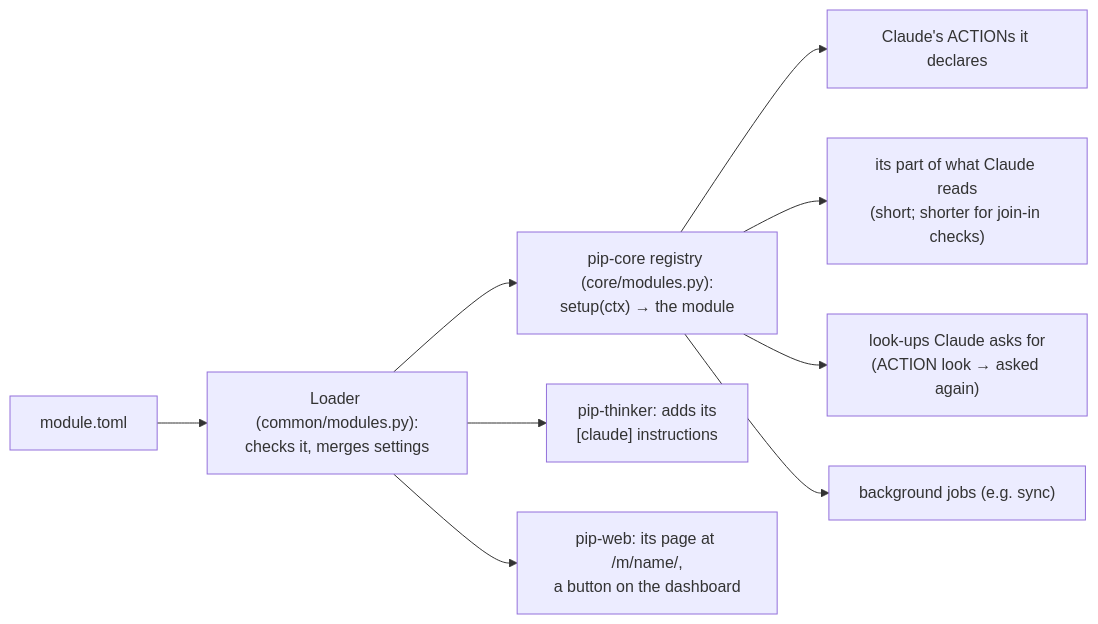
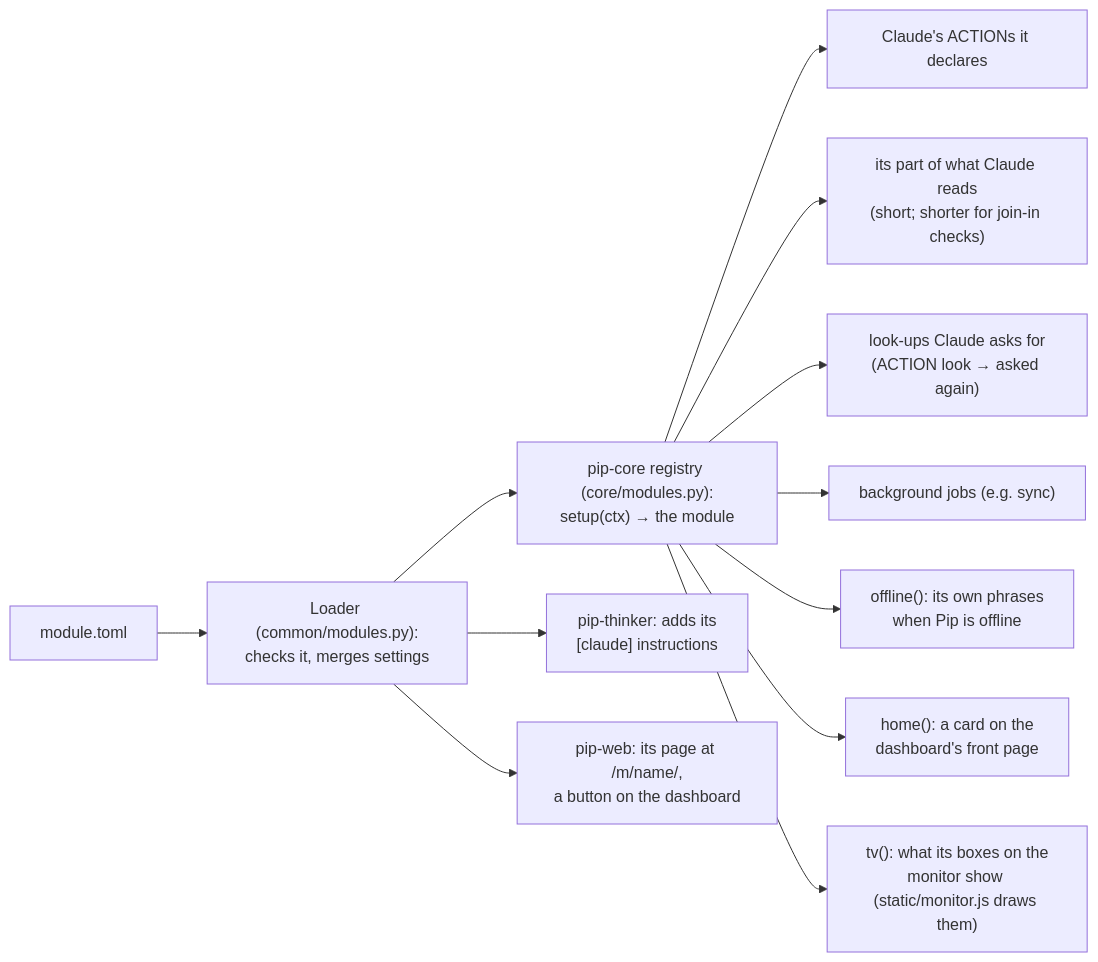
The fourth of 5 diagrams in docs/ARCHITECTURE.md (LandenHeine17/pip), drawn with Mermaid before and after one commit. The commit also changed other lines of this file and 23 other files, not shown here.

````diff
--- a/docs/ARCHITECTURE.md
+++ b/docs/ARCHITECTURE.md
@@ -187,11 +197,14 @@
 ```mermaid
 flowchart LR
     T["module.toml"] --> L["Loader (common/modules.py):<br/>checks it, merges settings"]
     L --> CORE["pip-core registry (core/modules.py):<br/>setup(ctx) → the module"]
     L --> TH["pip-thinker: adds its<br/>[claude] instructions"]
     L --> WEB["pip-web: its page at /m/name/,<br/>a button on the dashboard"]
     CORE --> A["Claude's ACTIONs it declares"]
     CORE --> S["its part of what Claude reads<br/>(short; shorter for join-in checks)"]
     CORE --> LK["look-ups Claude asks for<br/>(ACTION look → asked again)"]
     CORE --> J["background jobs (e.g. sync)"]
+    CORE --> OFF["offline(): its own phrases<br/>when Pip is offline"]
+    CORE --> HOME["home(): a card on the<br/>dashboard's front page"]
+    CORE --> TV["tv(): what its boxes on the<br/>monitor show (static/monitor.js draws them)"]
 ```
````
